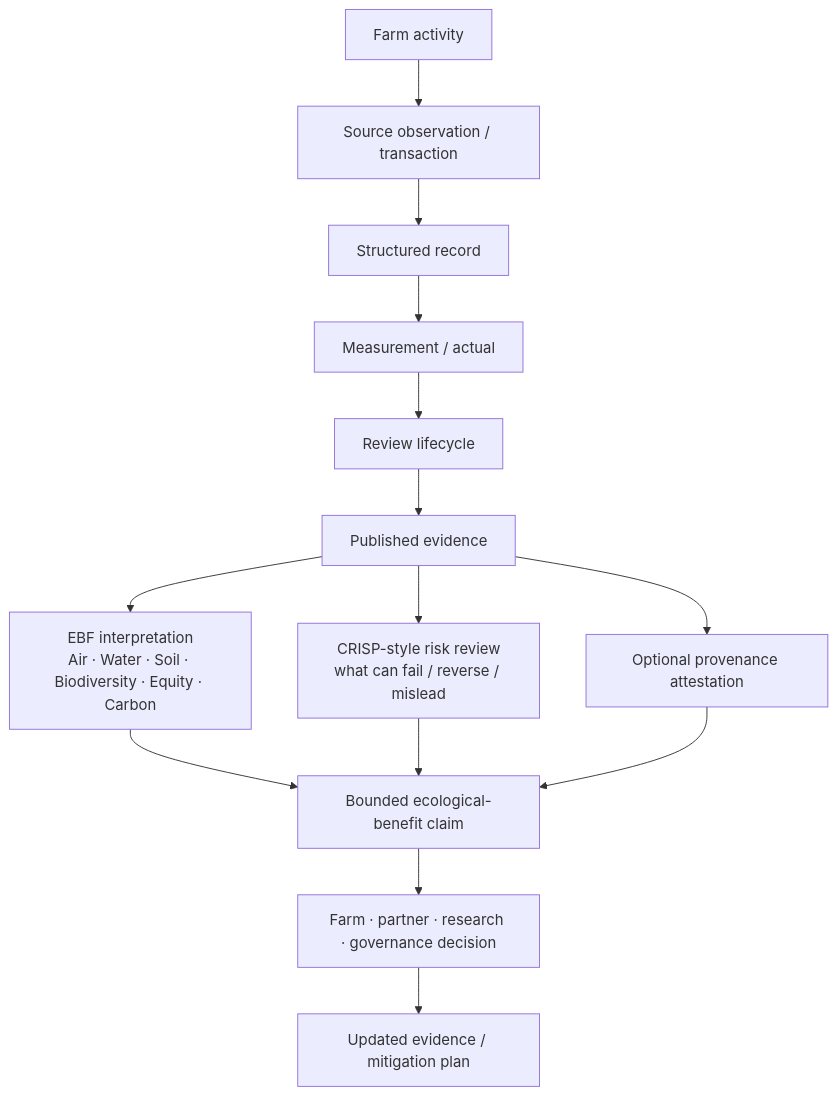
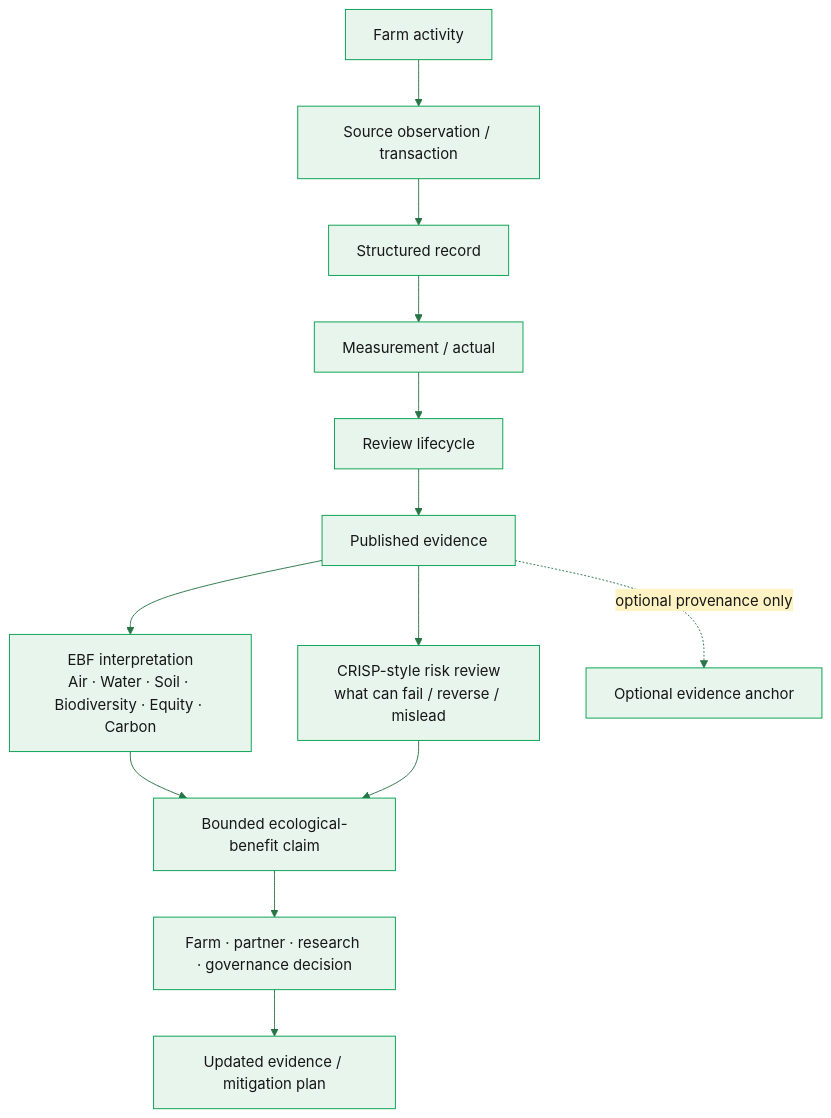
Before and after one commit to wasalo/Kokonut-Public-Site: the first of 2 diagrams in kokonut-framework/framework-add-ons/ecological-impact-frameworks.mdx, drawn with Mermaid. The commit also changed other lines of this file and 9 other files, not shown here.

Commit message:
style(mermaid): refresh Framework phases, schema and evidence cycles; distinguish provenance from review

````diff
--- a/kokonut-framework/framework-add-ons/ecological-impact-frameworks.mdx
+++ b/kokonut-framework/framework-add-ons/ecological-impact-frameworks.mdx
@@ -68,20 +68,20 @@
 ```mermaid
+%%{init: {"theme":"base","themeVariables":{"primaryColor":"#e8f5ec","primaryTextColor":"#171717","primaryBorderColor":"#009F4D","secondaryColor":"#fff3c4","tertiaryColor":"#ffffff","lineColor":"#277445","fontFamily":"Inter, Arial, sans-serif"}}}%%
 flowchart TD
     A["Farm activity"] --> B["Source observation / transaction"]
     B --> C["Structured record"]
     C --> D["Measurement / actual"]
     D --> E["Review lifecycle"]
     E --> F["Published evidence"]
 
     F --> G["EBF interpretation<br/>Air · Water · Soil · Biodiversity · Equity · Carbon"]
     F --> H["CRISP-style risk review<br/>what can fail / reverse / mislead"]
 
     G --> I["Bounded ecological-benefit claim"]
     H --> I
 
-    F --> J["Optional provenance attestation"]
-    J --> I
-
+    F -.->|"optional provenance only"| J["Optional evidence anchor"]
+    %% Provenance is not independent ecological certification.
     I --> K["Farm · partner · research · governance decision"]
     K --> L["Updated evidence / mitigation plan"]
 ```
````
